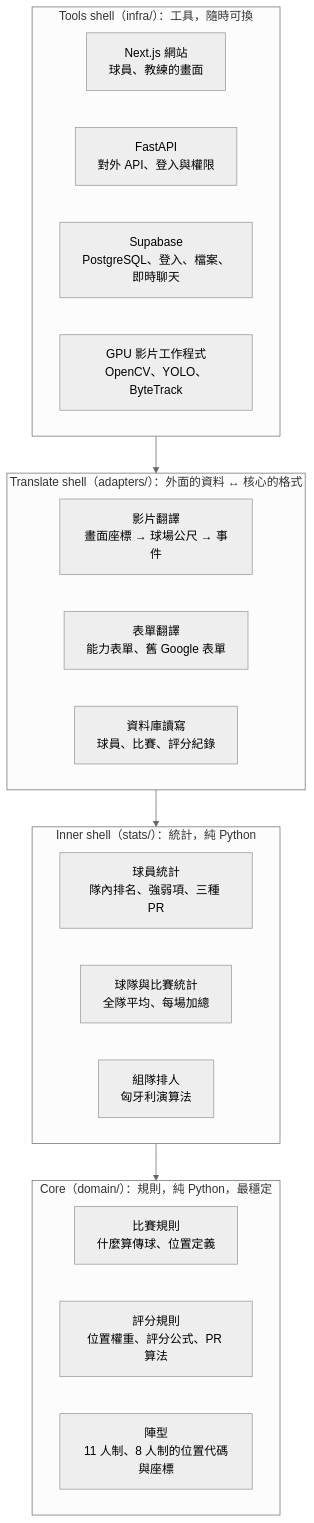
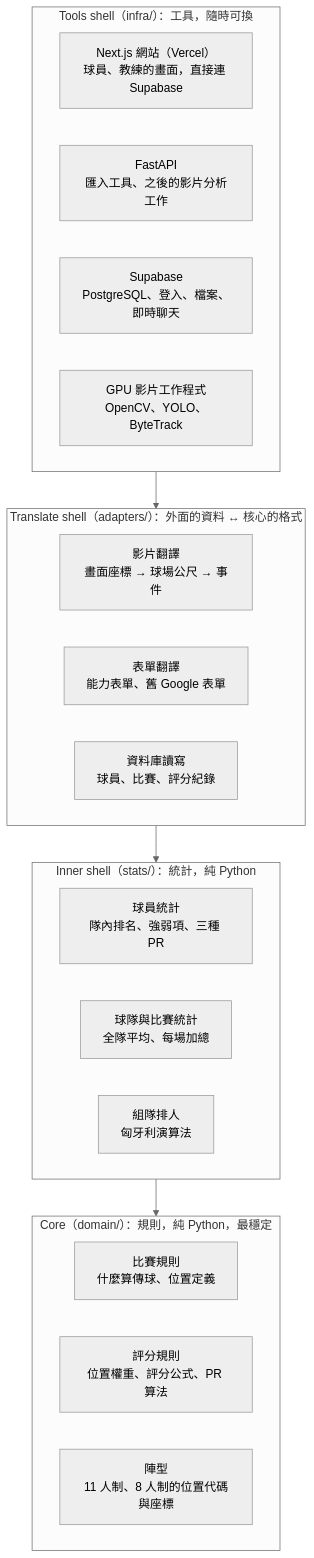
One commit to StupidLlama/football changed the first of 2 diagrams in docs/SPEC.md. Above: the diagram before and after it, drawn with Mermaid (neutral theme). The commit also changed other lines of this file and 6 other files, not shown here.

````diff
--- a/docs/SPEC.md
+++ b/docs/SPEC.md
@@ -246,29 +246,29 @@
 ```mermaid
 flowchart TB
   subgraph TOOLS["Tools shell（infra/）：工具，隨時可換"]
     direction LR
-    NX["Next.js 網站<br/>球員、教練的畫面"]
-    API["FastAPI<br/>對外 API、登入與權限"]
+    NX["Next.js 網站（Vercel）<br/>球員、教練的畫面，直接連 Supabase"]
+    API["FastAPI<br/>匯入工具、之後的影片分析工作"]
     SB["Supabase<br/>PostgreSQL、登入、檔案、即時聊天"]
     GPU["GPU 影片工作程式<br/>OpenCV、YOLO、ByteTrack"]
   end
   subgraph TRANSLATE["Translate shell（adapters/）：外面的資料 ↔ 核心的格式"]
     direction LR
     VT["影片翻譯<br/>畫面座標 → 球場公尺 → 事件"]
     FT["表單翻譯<br/>能力表單、舊 Google 表單"]
     RP["資料庫讀寫<br/>球員、比賽、評分紀錄"]
   end
   subgraph STATS["Inner shell（stats/）：統計，純 Python"]
     direction LR
     PS["球員統計<br/>隊內排名、強弱項、三種 PR"]
     TS["球隊與比賽統計<br/>全隊平均、每場加總"]
     LU["組隊排人<br/>匈牙利演算法"]
   end
   subgraph CORE["Core（domain/）：規則，純 Python，最穩定"]
     direction LR
     GR["比賽規則<br/>什麼算傳球、位置定義"]
     RR["評分規則<br/>位置權重、評分公式、PR 算法"]
     FM["陣型<br/>11 人制、8 人制的位置代碼與座標"]
   end
   TOOLS --> TRANSLATE --> STATS --> CORE
 ```
````
